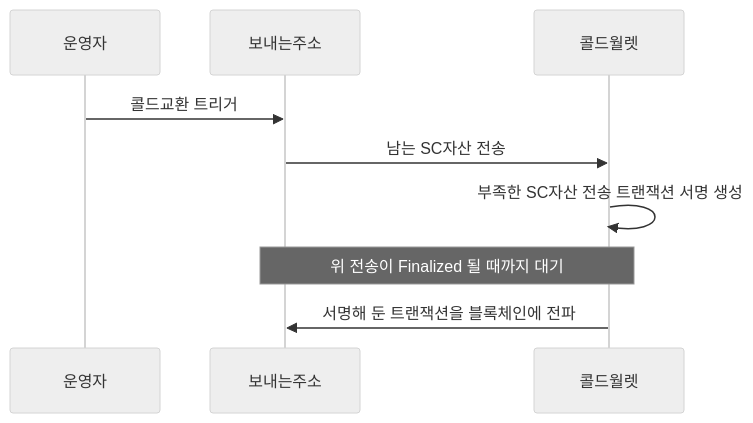
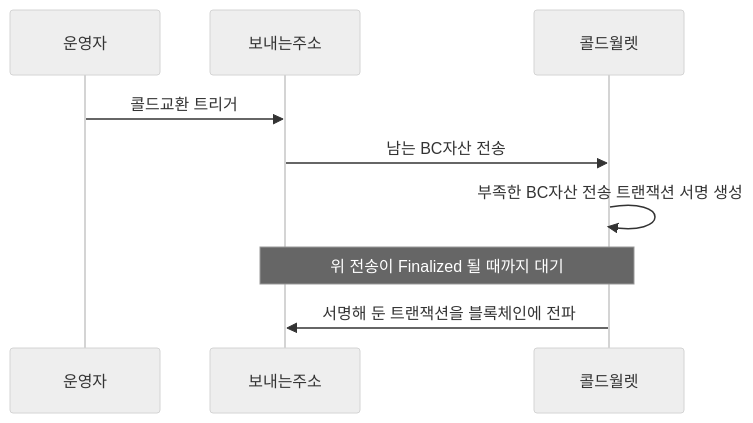
The second of 2 diagrams in blockchain-manager/docs/블록체인매니저/브릿지/01-problem.md (eunsujeo/eunpus), drawn with Mermaid (neutral theme) before and after one commit. The commit also changed other lines of this file and 2 other files, not shown here.

````diff
--- a/blockchain-manager/docs/블록체인매니저/브릿지/01-problem.md
+++ b/blockchain-manager/docs/블록체인매니저/브릿지/01-problem.md
@@ -52,12 +54,12 @@
 ```mermaid
 sequenceDiagram
   participant O as 운영자
   participant S as 보내는주소
   participant C as 콜드월렛
 
   O->>S: 콜드교환 트리거
-  S->>C: 남는 SC자산 전송
-  C->>C: 부족한 SC자산 전송 트랜잭션 서명 생성
+  S->>C: 남는 BC자산 전송
+  C->>C: 부족한 BC자산 전송 트랜잭션 서명 생성
   Note over S,C: 위 전송이 Finalized 될 때까지 대기
   C->>S: 서명해 둔 트랜잭션을 블록체인에 전파
 ```
````
